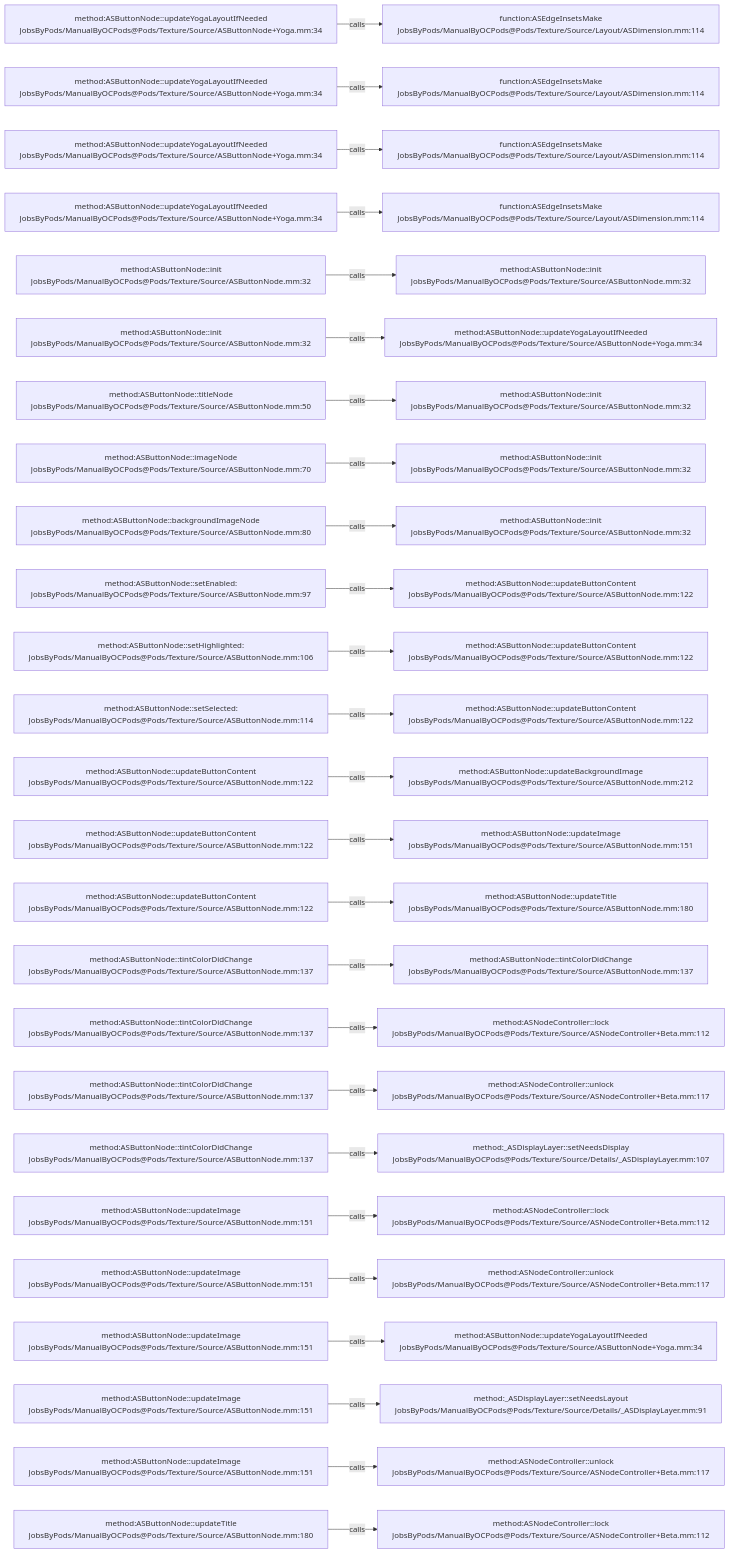
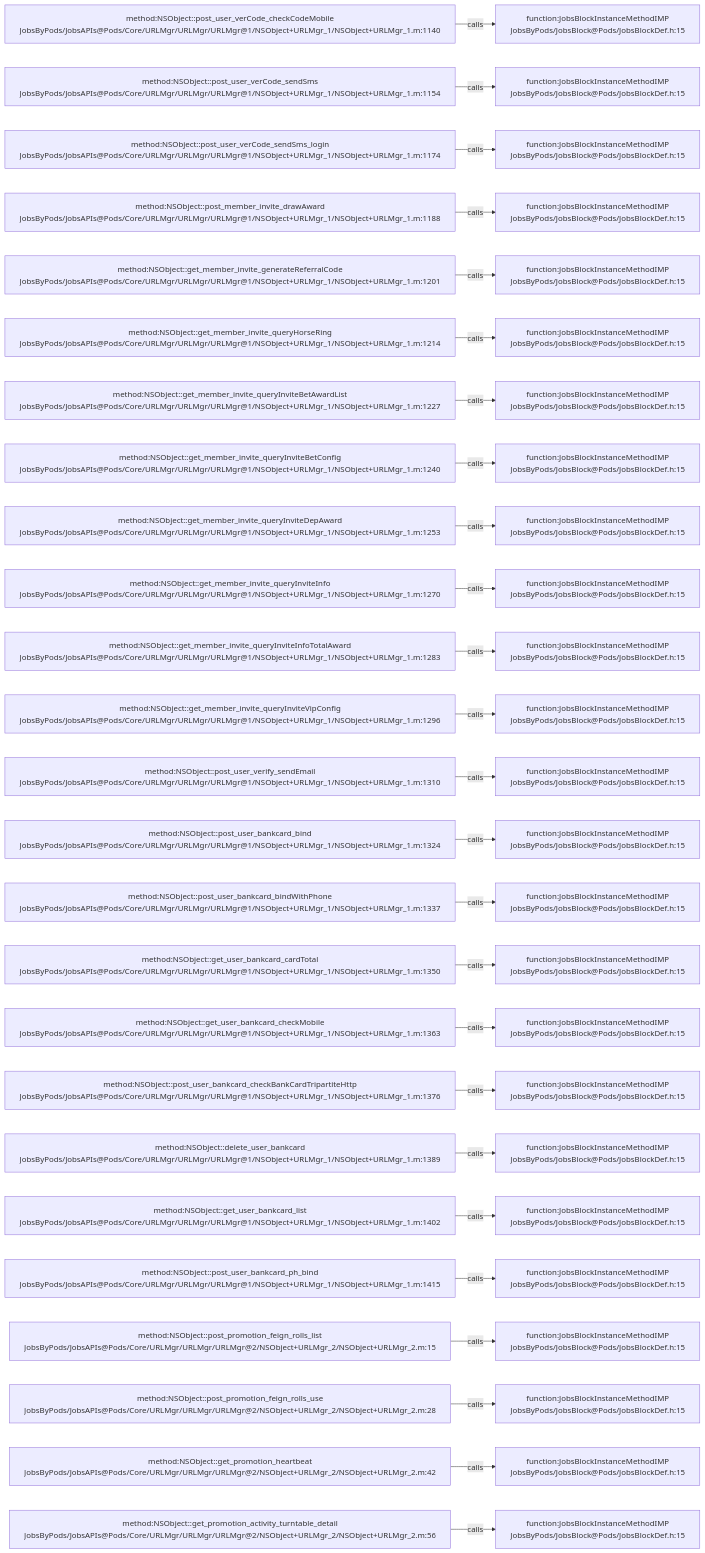
The diagram in .codegraph/codegraph.md/graphs/calls-057.md (JobsKits/JobsOCBaseConfigDemo), drawn with Mermaid before and after one commit. The commit also changed 768 other files, not shown here.

````diff
--- a/.codegraph/codegraph.md/graphs/calls-057.md
+++ b/.codegraph/codegraph.md/graphs/calls-057.md
@@ -13,78 +13,78 @@
 ```mermaid
 flowchart LR
-  S1["method:ASButtonNode::updateYogaLayoutIfNeeded<br/>JobsByPods/ManualByOCPods@Pods/Texture/Source/ASButtonNode+Yoga.mm:34"]
-  T1["function:ASEdgeInsetsMake<br/>JobsByPods/ManualByOCPods@Pods/Texture/Source/Layout/ASDimension.mm:114"]
+  S1["method:NSObject::post_user_verCode_checkCodeMobile<br/>JobsByPods/JobsAPIs@Pods/Core/URLMgr/URLMgr/URLMgr@1/NSObject+URLMgr_1/NSObject+URLMgr_1.m:1140"]
+  T1["function:JobsBlockInstanceMethodIMP<br/>JobsByPods/JobsBlock@Pods/JobsBlockDef.h:15"]
   S1 -->|calls| T1
-  S2["method:ASButtonNode::updateYogaLayoutIfNeeded<br/>JobsByPods/ManualByOCPods@Pods/Texture/Source/ASButtonNode+Yoga.mm:34"]
-  T2["function:ASEdgeInsetsMake<br/>JobsByPods/ManualByOCPods@Pods/Texture/Source/Layout/ASDimension.mm:114"]
+  S2["method:NSObject::post_user_verCode_sendSms<br/>JobsByPods/JobsAPIs@Pods/Core/URLMgr/URLMgr/URLMgr@1/NSObject+URLMgr_1/NSObject+URLMgr_1.m:1154"]
+  T2["function:JobsBlockInstanceMethodIMP<br/>JobsByPods/JobsBlock@Pods/JobsBlockDef.h:15"]
   S2 -->|calls| T2
-  S3["method:ASButtonNode::updateYogaLayoutIfNeeded<br/>JobsByPods/ManualByOCPods@Pods/Texture/Source/ASButtonNode+Yoga.mm:34"]
-  T3["function:ASEdgeInsetsMake<br/>JobsByPods/ManualByOCPods@Pods/Texture/Source/Layout/ASDimension.mm:114"]
+  S3["method:NSObject::post_user_verCode_sendSms_login<br/>JobsByPods/JobsAPIs@Pods/Core/URLMgr/URLMgr/URLMgr@1/NSObject+URLMgr_1/NSObject+URLMgr_1.m:1174"]
+  T3["function:JobsBlockInstanceMethodIMP<br/>JobsByPods/JobsBlock@Pods/JobsBlockDef.h:15"]
   S3 -->|calls| T3
-  S4["method:ASButtonNode::updateYogaLayoutIfNeeded<br/>JobsByPods/ManualByOCPods@Pods/Texture/Source/ASButtonNode+Yoga.mm:34"]
-  T4["function:ASEdgeInsetsMake<br/>JobsByPods/ManualByOCPods@Pods/Texture/Source/Layout/ASDimension.mm:114"]
+  S4["method:NSObject::post_member_invite_drawAward<br/>JobsByPods/JobsAPIs@Pods/Core/URLMgr/URLMgr/URLMgr@1/NSObject+URLMgr_1/NSObject+URLMgr_1.m:1188"]
+  T4["function:JobsBlockInstanceMethodIMP<br/>JobsByPods/JobsBlock@Pods/JobsBlockDef.h:15"]
   S4 -->|calls| T4
-  S5["method:ASButtonNode::init<br/>JobsByPods/ManualByOCPods@Pods/Texture/Source/ASButtonNode.mm:32"]
-  T5["method:ASButtonNode::init<br/>JobsByPods/ManualByOCPods@Pods/Texture/Source/ASButtonNode.mm:32"]
+  S5["method:NSObject::get_member_invite_generateReferralCode<br/>JobsByPods/JobsAPIs@Pods/Core/URLMgr/URLMgr/URLMgr@1/NSObject+URLMgr_1/NSObject+URLMgr_1.m:1201"]
+  T5["function:JobsBlockInstanceMethodIMP<br/>JobsByPods/JobsBlock@Pods/JobsBlockDef.h:15"]
   S5 -->|calls| T5
-  S6["method:ASButtonNode::init<br/>JobsByPods/ManualByOCPods@Pods/Texture/Source/ASButtonNode.mm:32"]
-  T6["method:ASButtonNode::updateYogaLayoutIfNeeded<br/>JobsByPods/ManualByOCPods@Pods/Texture/Source/ASButtonNode+Yoga.mm:34"]
+  S6["method:NSObject::get_member_invite_queryHorseRing<br/>JobsByPods/JobsAPIs@Pods/Core/URLMgr/URLMgr/URLMgr@1/NSObject+URLMgr_1/NSObject+URLMgr_1.m:1214"]
+  T6["function:JobsBlockInstanceMethodIMP<br/>JobsByPods/JobsBlock@Pods/JobsBlockDef.h:15"]
   S6 -->|calls| T6
-  S7["method:ASButtonNode::titleNode<br/>JobsByPods/ManualByOCPods@Pods/Texture/Source/ASButtonNode.mm:50"]
-  T7["method:ASButtonNode::init<br/>JobsByPods/ManualByOCPods@Pods/Texture/Source/ASButtonNode.mm:32"]
+  S7["method:NSObject::get_member_invite_queryInviteBetAwardList<br/>JobsByPods/JobsAPIs@Pods/Core/URLMgr/URLMgr/URLMgr@1/NSObject+URLMgr_1/NSObject+URLMgr_1.m:1227"]
+  T7["function:JobsBlockInstanceMethodIMP<br/>JobsByPods/JobsBlock@Pods/JobsBlockDef.h:15"]
   S7 -->|calls| T7
-  S8["method:ASButtonNode::imageNode<br/>JobsByPods/ManualByOCPods@Pods/Texture/Source/ASButtonNode.mm:70"]
-  T8["method:ASButtonNode::init<br/>JobsByPods/ManualByOCPods@Pods/Texture/Source/ASButtonNode.mm:32"]
+  S8["method:NSObject::get_member_invite_queryInviteBetConfig<br/>JobsByPods/JobsAPIs@Pods/Core/URLMgr/URLMgr/URLMgr@1/NSObject+URLMgr_1/NSObject+URLMgr_1.m:1240"]
+  T8["function:JobsBlockInstanceMethodIMP<br/>JobsByPods/JobsBlock@Pods/JobsBlockDef.h:15"]
   S8 -->|calls| T8
-  S9["method:ASButtonNode::backgroundImageNode<br/>JobsByPods/ManualByOCPods@Pods/Texture/Source/ASButtonNode.mm:80"]
-  T9["method:ASButtonNode::init<br/>JobsByPods/ManualByOCPods@Pods/Texture/Source/ASButtonNode.mm:32"]
+  S9["method:NSObject::get_member_invite_queryInviteDepAward<br/>JobsByPods/JobsAPIs@Pods/Core/URLMgr/URLMgr/URLMgr@1/NSObject+URLMgr_1/NSObject+URLMgr_1.m:1253"]
+  T9["function:JobsBlockInstanceMethodIMP<br/>JobsByPods/JobsBlock@Pods/JobsBlockDef.h:15"]
   S9 -->|calls| T9
-  S10["method:ASButtonNode::setEnabled:<br/>JobsByPods/ManualByOCPods@Pods/Texture/Source/ASButtonNode.mm:97"]
-  T10["method:ASButtonNode::updateButtonContent<br/>JobsByPods/ManualByOCPods@Pods/Texture/Source/ASButtonNode.mm:122"]
+  S10["method:NSObject::get_member_invite_queryInviteInfo<br/>JobsByPods/JobsAPIs@Pods/Core/URLMgr/URLMgr/URLMgr@1/NSObject+URLMgr_1/NSObject+URLMgr_1.m:1270"]
+  T10["function:JobsBlockInstanceMethodIMP<br/>JobsByPods/JobsBlock@Pods/JobsBlockDef.h:15"]
   S10 -->|calls| T10
-  S11["method:ASButtonNode::setHighlighted:<br/>JobsByPods/ManualByOCPods@Pods/Texture/Source/ASButtonNode.mm:106"]
-  T11["method:ASButtonNode::updateButtonContent<br/>JobsByPods/ManualByOCPods@Pods/Texture/Source/ASButtonNode.mm:122"]
+  S11["method:NSObject::get_member_invite_queryInviteInfoTotalAward<br/>JobsByPods/JobsAPIs@Pods/Core/URLMgr/URLMgr/URLMgr@1/NSObject+URLMgr_1/NSObject+URLMgr_1.m:1283"]
+  T11["function:JobsBlockInstanceMethodIMP<br/>JobsByPods/JobsBlock@Pods/JobsBlockDef.h:15"]
   S11 -->|calls| T11
-  S12["method:ASButtonNode::setSelected:<br/>JobsByPods/ManualByOCPods@Pods/Texture/Source/ASButtonNode.mm:114"]
-  T12["method:ASButtonNode::updateButtonContent<br/>JobsByPods/ManualByOCPods@Pods/Texture/Source/ASButtonNode.mm:122"]
+  S12["method:NSObject::get_member_invite_queryInviteVipConfig<br/>JobsByPods/JobsAPIs@Pods/Core/URLMgr/URLMgr/URLMgr@1/NSObject+URLMgr_1/NSObject+URLMgr_1.m:1296"]
+  T12["function:JobsBlockInstanceMethodIMP<br/>JobsByPods/JobsBlock@Pods/JobsBlockDef.h:15"]
   S12 -->|calls| T12
-  S13["method:ASButtonNode::updateButtonContent<br/>JobsByPods/ManualByOCPods@Pods/Texture/Source/ASButtonNode.mm:122"]
-  T13["method:ASButtonNode::updateBackgroundImage<br/>JobsByPods/ManualByOCPods@Pods/Texture/Source/ASButtonNode.mm:212"]
+  S13["method:NSObject::post_user_verify_sendEmail<br/>JobsByPods/JobsAPIs@Pods/Core/URLMgr/URLMgr/URLMgr@1/NSObject+URLMgr_1/NSObject+URLMgr_1.m:1310"]
+  T13["function:JobsBlockInstanceMethodIMP<br/>JobsByPods/JobsBlock@Pods/JobsBlockDef.h:15"]
   S13 -->|calls| T13
-  S14["method:ASButtonNode::updateButtonContent<br/>JobsByPods/ManualByOCPods@Pods/Texture/Source/ASButtonNode.mm:122"]
-  T14["method:ASButtonNode::updateImage<br/>JobsByPods/ManualByOCPods@Pods/Texture/Source/ASButtonNode.mm:151"]
+  S14["method:NSObject::post_user_bankcard_bind<br/>JobsByPods/JobsAPIs@Pods/Core/URLMgr/URLMgr/URLMgr@1/NSObject+URLMgr_1/NSObject+URLMgr_1.m:1324"]
+  T14["function:JobsBlockInstanceMethodIMP<br/>JobsByPods/JobsBlock@Pods/JobsBlockDef.h:15"]
   S14 -->|calls| T14
-  S15["method:ASButtonNode::updateButtonContent<br/>JobsByPods/ManualByOCPods@Pods/Texture/Source/ASButtonNode.mm:122"]
-  T15["method:ASButtonNode::updateTitle<br/>JobsByPods/ManualByOCPods@Pods/Texture/Source/ASButtonNode.mm:180"]
+  S15["method:NSObject::post_user_bankcard_bindWithPhone<br/>JobsByPods/JobsAPIs@Pods/Core/URLMgr/URLMgr/URLMgr@1/NSObject+URLMgr_1/NSObject+URLMgr_1.m:1337"]
+  T15["function:JobsBlockInstanceMethodIMP<br/>JobsByPods/JobsBlock@Pods/JobsBlockDef.h:15"]
   S15 -->|calls| T15
-  S16["method:ASButtonNode::tintColorDidChange<br/>JobsByPods/ManualByOCPods@Pods/Texture/Source/ASButtonNode.mm:137"]
-  T16["method:ASButtonNode::tintColorDidChange<br/>JobsByPods/ManualByOCPods@Pods/Texture/Source/ASButtonNode.mm:137"]
+  S16["method:NSObject::get_user_bankcard_cardTotal<br/>JobsByPods/JobsAPIs@Pods/Core/URLMgr/URLMgr/URLMgr@1/NSObject+URLMgr_1/NSObject+URLMgr_1.m:1350"]
+  T16["function:JobsBlockInstanceMethodIMP<br/>JobsByPods/JobsBlock@Pods/JobsBlockDef.h:15"]
   S16 -->|calls| T16
-  S17["method:ASButtonNode::tintColorDidChange<br/>JobsByPods/ManualByOCPods@Pods/Texture/Source/ASButtonNode.mm:137"]
-  T17["method:ASNodeController::lock<br/>JobsByPods/ManualByOCPods@Pods/Texture/Source/ASNodeController+Beta.mm:112"]
+  S17["method:NSObject::get_user_bankcard_checkMobile<br/>JobsByPods/JobsAPIs@Pods/Core/URLMgr/URLMgr/URLMgr@1/NSObject+URLMgr_1/NSObject+URLMgr_1.m:1363"]
+  T17["function:JobsBlockInstanceMethodIMP<br/>JobsByPods/JobsBlock@Pods/JobsBlockDef.h:15"]
   S17 -->|calls| T17
-  S18["method:ASButtonNode::tintColorDidChange<br/>JobsByPods/ManualByOCPods@Pods/Texture/Source/ASButtonNode.mm:137"]
-  T18["method:ASNodeController::unlock<br/>JobsByPods/ManualByOCPods@Pods/Texture/Source/ASNodeController+Beta.mm:117"]
+  S18["method:NSObject::post_user_bankcard_checkBankCardTripartiteHttp<br/>JobsByPods/JobsAPIs@Pods/Core/URLMgr/URLMgr/URLMgr@1/NSObject+URLMgr_1/NSObject+URLMgr_1.m:1376"]
+  T18["function:JobsBlockInstanceMethodIMP<br/>JobsByPods/JobsBlock@Pods/JobsBlockDef.h:15"]
   S18 -->|calls| T18
-  S19["method:ASButtonNode::tintColorDidChange<br/>JobsByPods/ManualByOCPods@Pods/Texture/Source/ASButtonNode.mm:137"]
-  T19["method:_ASDisplayLayer::setNeedsDisplay<br/>JobsByPods/ManualByOCPods@Pods/Texture/Source/Details/_ASDisplayLayer.mm:107"]
+  S19["method:NSObject::delete_user_bankcard<br/>JobsByPods/JobsAPIs@Pods/Core/URLMgr/URLMgr/URLMgr@1/NSObject+URLMgr_1/NSObject+URLMgr_1.m:1389"]
+  T19["function:JobsBlockInstanceMethodIMP<br/>JobsByPods/JobsBlock@Pods/JobsBlockDef.h:15"]
   S19 -->|calls| T19
-  S20["method:ASButtonNode::updateImage<br/>JobsByPods/ManualByOCPods@Pods/Texture/Source/ASButtonNode.mm:151"]
-  T20["method:ASNodeController::lock<br/>JobsByPods/ManualByOCPods@Pods/Texture/Source/ASNodeController+Beta.mm:112"]
+  S20["method:NSObject::get_user_bankcard_list<br/>JobsByPods/JobsAPIs@Pods/Core/URLMgr/URLMgr/URLMgr@1/NSObject+URLMgr_1/NSObject+URLMgr_1.m:1402"]
+  T20["function:JobsBlockInstanceMethodIMP<br/>JobsByPods/JobsBlock@Pods/JobsBlockDef.h:15"]
   S20 -->|calls| T20
-  S21["method:ASButtonNode::updateImage<br/>JobsByPods/ManualByOCPods@Pods/Texture/Source/ASButtonNode.mm:151"]
-  T21["method:ASNodeController::unlock<br/>JobsByPods/ManualByOCPods@Pods/Texture/Source/ASNodeController+Beta.mm:117"]
+  S21["method:NSObject::post_user_bankcard_ph_bind<br/>JobsByPods/JobsAPIs@Pods/Core/URLMgr/URLMgr/URLMgr@1/NSObject+URLMgr_1/NSObject+URLMgr_1.m:1415"]
+  T21["function:JobsBlockInstanceMethodIMP<br/>JobsByPods/JobsBlock@Pods/JobsBlockDef.h:15"]
   S21 -->|calls| T21
-  S22["method:ASButtonNode::updateImage<br/>JobsByPods/ManualByOCPods@Pods/Texture/Source/ASButtonNode.mm:151"]
-  T22["method:ASButtonNode::updateYogaLayoutIfNeeded<br/>JobsByPods/ManualByOCPods@Pods/Texture/Source/ASButtonNode+Yoga.mm:34"]
+  S22["method:NSObject::post_promotion_feign_rolls_list<br/>JobsByPods/JobsAPIs@Pods/Core/URLMgr/URLMgr/URLMgr@2/NSObject+URLMgr_2/NSObject+URLMgr_2.m:15"]
+  T22["function:JobsBlockInstanceMethodIMP<br/>JobsByPods/JobsBlock@Pods/JobsBlockDef.h:15"]
   S22 -->|calls| T22
-  S23["method:ASButtonNode::updateImage<br/>JobsByPods/ManualByOCPods@Pods/Texture/Source/ASButtonNode.mm:151"]
-  T23["method:_ASDisplayLayer::setNeedsLayout<br/>JobsByPods/ManualByOCPods@Pods/Texture/Source/Details/_ASDisplayLayer.mm:91"]
+  S23["method:NSObject::post_promotion_feign_rolls_use<br/>JobsByPods/JobsAPIs@Pods/Core/URLMgr/URLMgr/URLMgr@2/NSObject+URLMgr_2/NSObject+URLMgr_2.m:28"]
+  T23["function:JobsBlockInstanceMethodIMP<br/>JobsByPods/JobsBlock@Pods/JobsBlockDef.h:15"]
   S23 -->|calls| T23
-  S24["method:ASButtonNode::updateImage<br/>JobsByPods/ManualByOCPods@Pods/Texture/Source/ASButtonNode.mm:151"]
-  T24["method:ASNodeController::unlock<br/>JobsByPods/ManualByOCPods@Pods/Texture/Source/ASNodeController+Beta.mm:117"]
+  S24["method:NSObject::get_promotion_heartbeat<br/>JobsByPods/JobsAPIs@Pods/Core/URLMgr/URLMgr/URLMgr@2/NSObject+URLMgr_2/NSObject+URLMgr_2.m:42"]
+  T24["function:JobsBlockInstanceMethodIMP<br/>JobsByPods/JobsBlock@Pods/JobsBlockDef.h:15"]
   S24 -->|calls| T24
-  S25["method:ASButtonNode::updateTitle<br/>JobsByPods/ManualByOCPods@Pods/Texture/Source/ASButtonNode.mm:180"]
-  T25["method:ASNodeController::lock<br/>JobsByPods/ManualByOCPods@Pods/Texture/Source/ASNodeController+Beta.mm:112"]
+  S25["method:NSObject::get_promotion_activity_turntable_detail<br/>JobsByPods/JobsAPIs@Pods/Core/URLMgr/URLMgr/URLMgr@2/NSObject+URLMgr_2/NSObject+URLMgr_2.m:56"]
+  T25["function:JobsBlockInstanceMethodIMP<br/>JobsByPods/JobsBlock@Pods/JobsBlockDef.h:15"]
   S25 -->|calls| T25
 ```
````
